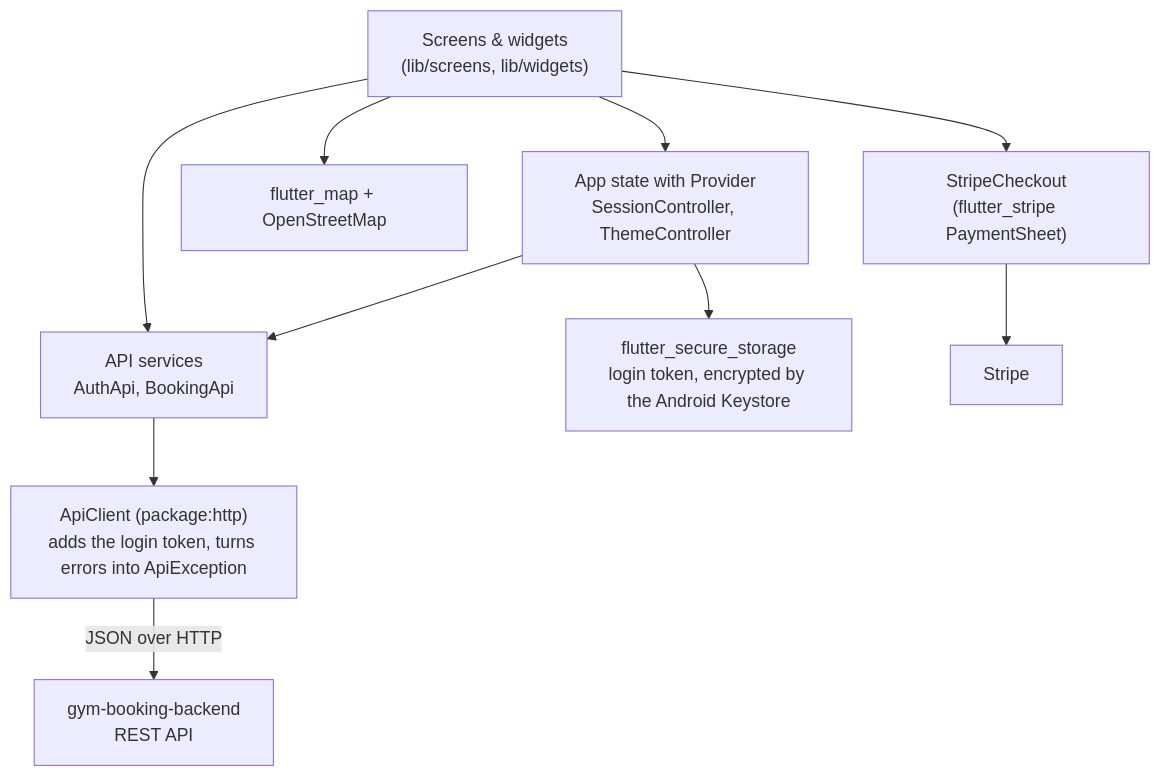
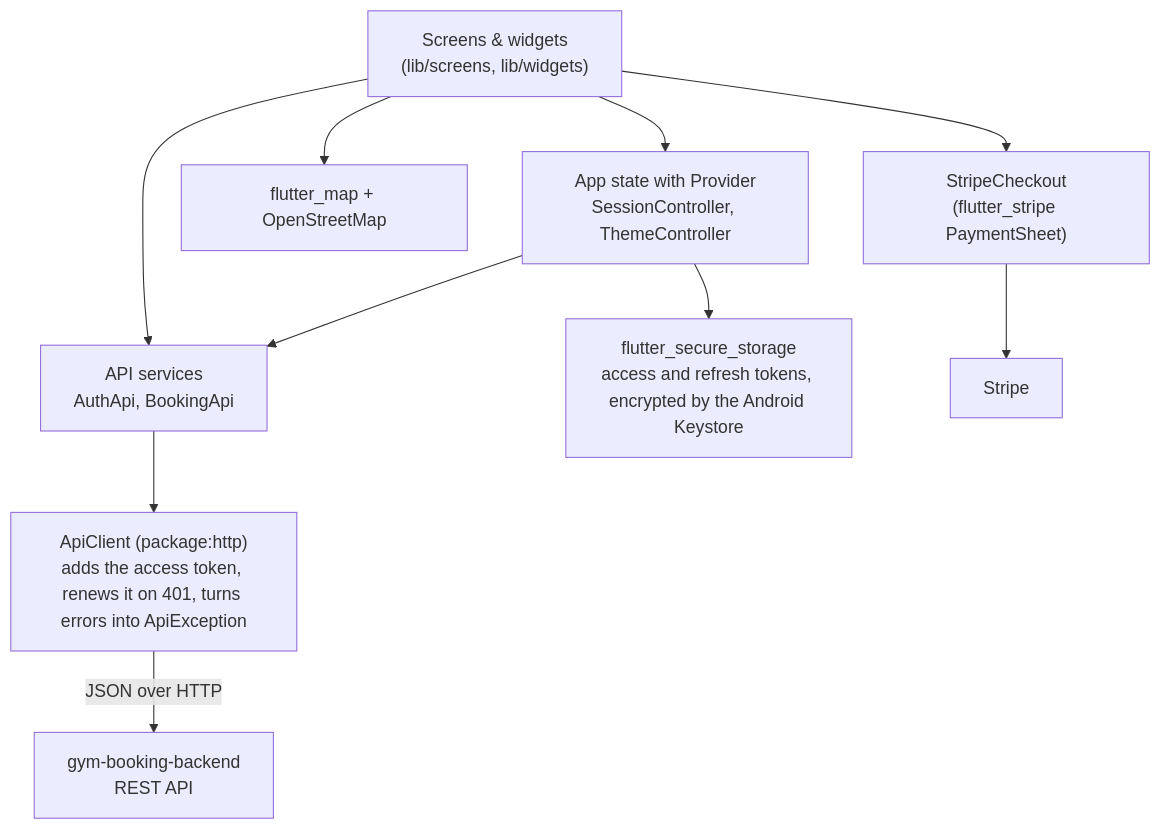
One commit to Malikalqasrawi/gym-booking-app changed the diagram in README.md. Above: the diagram before and after it, drawn with Mermaid. The commit also changed other lines of this file and 19 other files, not shown here.

````diff
--- a/README.md
+++ b/README.md
@@ -54,11 +55,11 @@
 ```mermaid
 flowchart TD
     Screens["Screens & widgets<br/>(lib/screens, lib/widgets)"] --> State["App state with Provider<br/>SessionController, ThemeController"]
     Screens --> Services["API services<br/>AuthApi, BookingApi"]
     State --> Services
-    Services --> Client["ApiClient (package:http)<br/>adds the login token, turns errors into ApiException"]
+    Services --> Client["ApiClient (package:http)<br/>adds the access token, renews it on 401, turns errors into ApiException"]
     Client -->|"JSON over HTTP"| Backend["gym-booking-backend<br/>REST API"]
-    State --> Storage["flutter_secure_storage<br/>login token, encrypted by the Android Keystore"]
+    State --> Storage["flutter_secure_storage<br/>access and refresh tokens, encrypted by the Android Keystore"]
     Screens --> Map["flutter_map + OpenStreetMap"]
     Screens --> Checkout["StripeCheckout<br/>(flutter_stripe PaymentSheet)"] --> Stripe["Stripe"]
 ```
````
